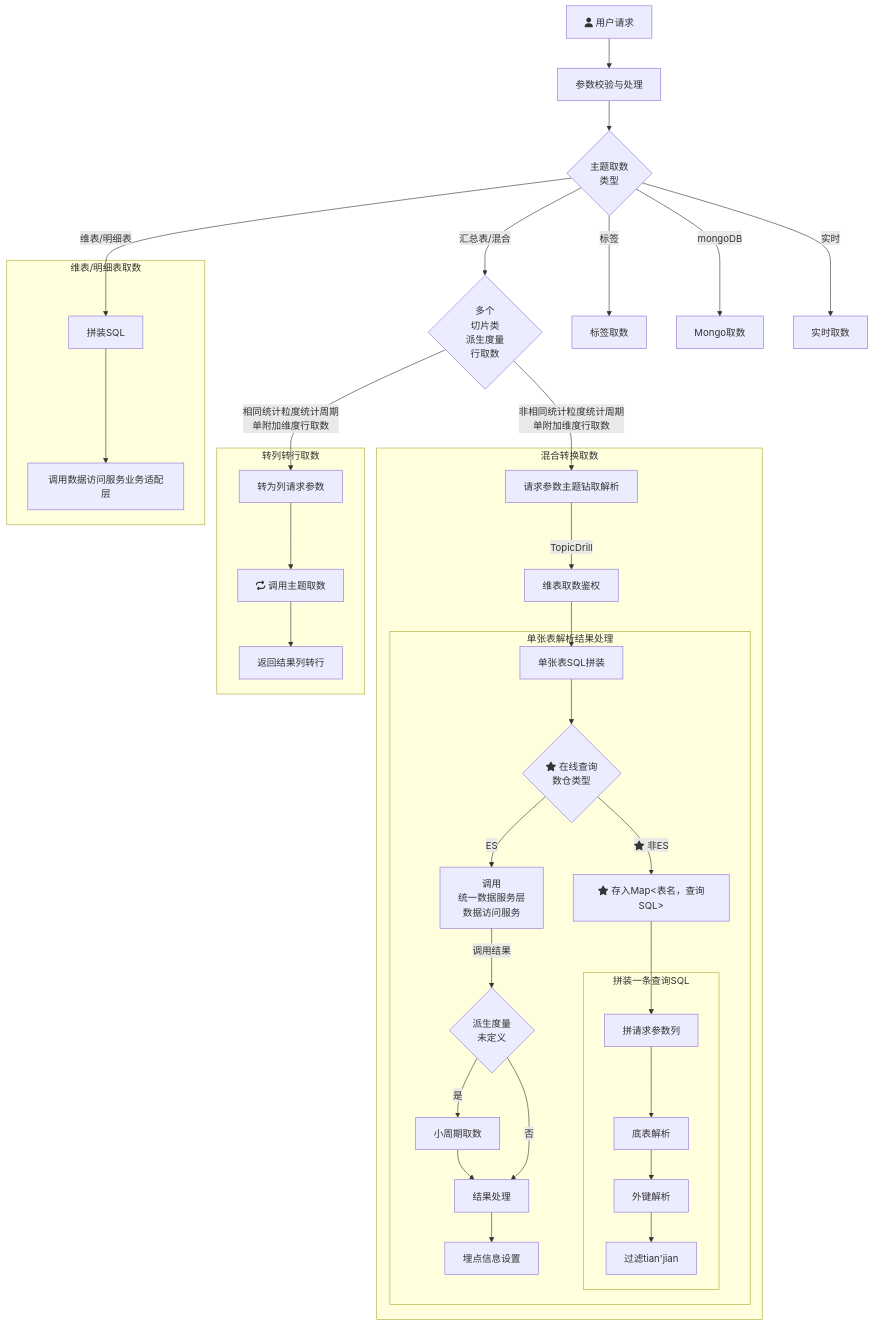
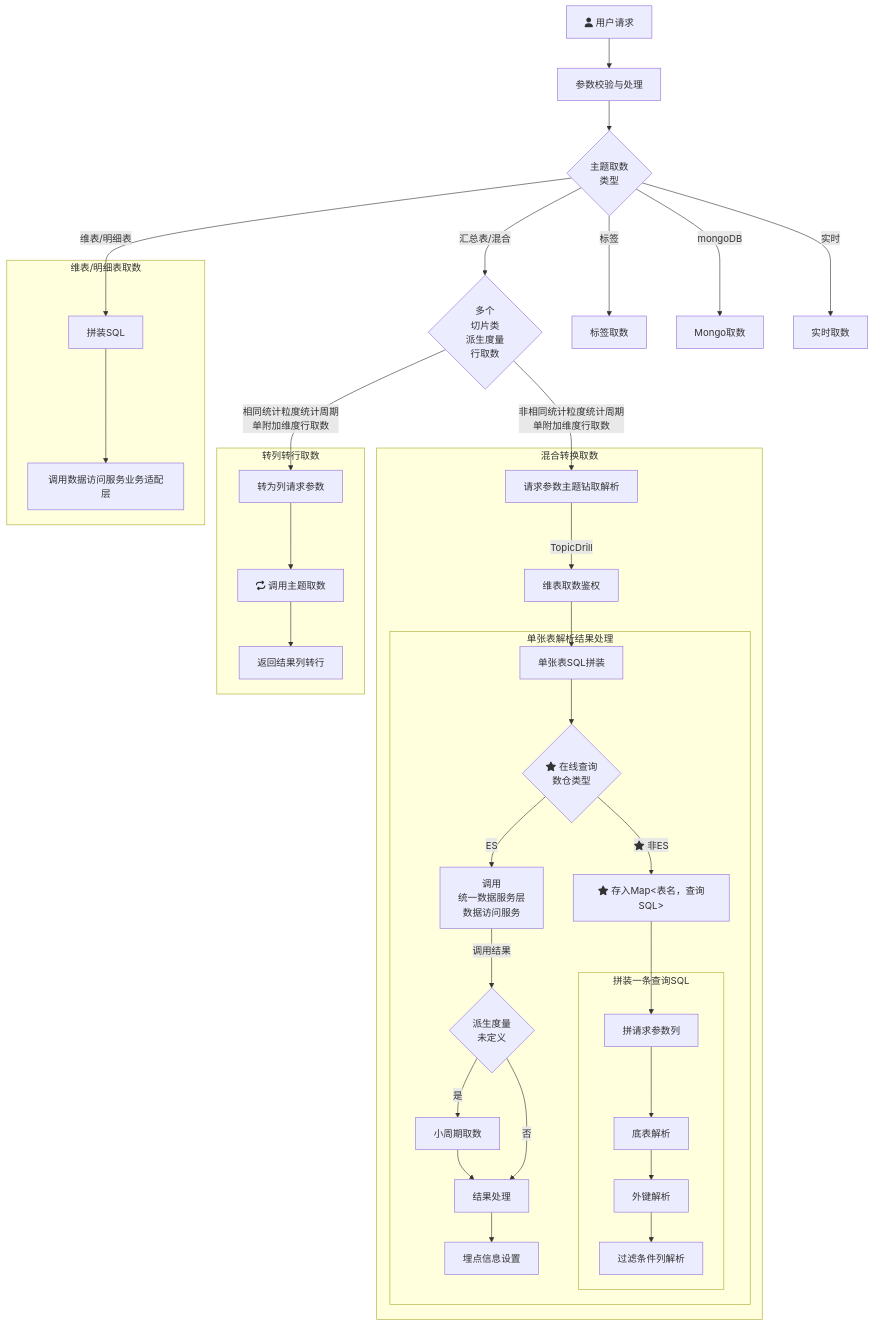
Before and after one commit to yanglosm/iodraw-files: the diagram in all/未命名.md, drawn with Mermaid.

Commit message:
2024-11-29 19:36:46 update

````diff
--- a/all/未命名.md
+++ b/all/未命名.md
@@ -1,30 +1,30 @@
 ```mermaid
 flowchart TD
     A[fa:fa-user 用户请求] -->A1[参数校验与处理] --> B{主题取数\n类型}
     B -->|维表/明细表| D[拼装SQL]
     B -->|汇总表/混合| E{多个\n切片类\n派生度量\n行取数}
     B -->|标签| F[标签取数]
     B -->|mongoDB| G[Mongo取数]
     B -->|实时| H[实时取数]
     E -->|相同统计粒度统计周期\n单附加维度行取数| E1[转为列请求参数]
     E -->|非相同统计粒度统计周期\n单附加维度行取数| T1[请求参数主题钻取解析]
     subgraph 维表/明细表取数
     D-->D1[调用数据访问服务业务适配层]
     end
     subgraph 转列转行取数
     E1-->E11[fa:fa-repeat 调用主题取数]-->E12[返回结果列转行]
     end
     subgraph 混合转换取数
     T1-->|TopicDrill| T2[维表取数鉴权] --> T31[单张表SQL拼装]
         subgraph 单张表解析结果处理
         T31 --> T4{fa:fa-star 在线查询\n数仓类型}-->|ES|T32[调用\n统一数据服务层\n数据访问服务] --> |调用结果|T33{派生度量\n未定义}
         T33 --> |是|T33_1[小周期取数]-->T34[结果处理]-->T35[埋点信息设置]
         T33 --> |否|T34
         T4 --> |fa:fa-star 非ES|T41["fa:fa-star 存入Map<表名，查询SQL>"]
         T41 --> T42[拼请求参数列]
             subgraph 拼装一条查询SQL
-            T42 --> M1[底表解析] --> M2[外键解析] --> 过滤tian'jian
+            T42 --> M1[底表解析] --> M2[外键解析] --> 过滤条件列解析
             end
         end
     end
 ```
````
